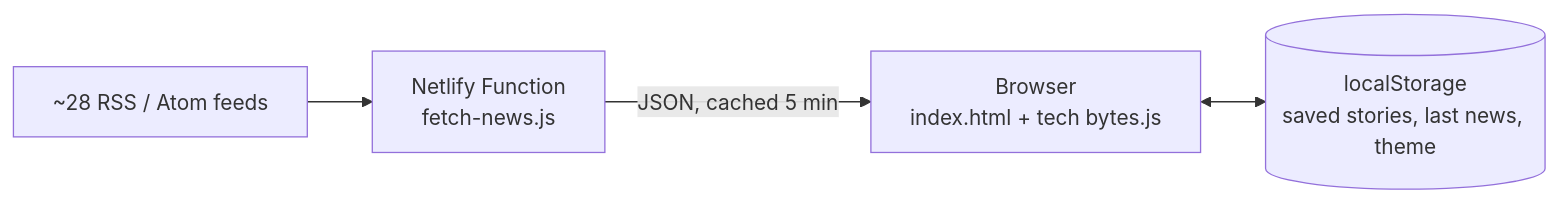
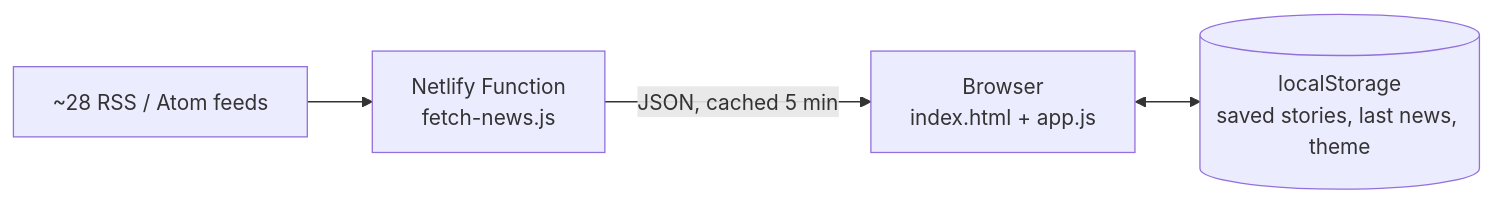
Before and after one commit to kaleb2343/Tech-Bytes: the diagram in README.md, drawn with Mermaid. The commit also changed other lines of this file and 2 other files, not shown here.

````diff
--- a/README.md
+++ b/README.md
@@ -58,6 +59,6 @@
 ```mermaid
 flowchart LR
     A["~28 RSS / Atom feeds"] --> B["Netlify Function<br/>fetch-news.js"]
-    B -->|"JSON, cached 5 min"| C["Browser<br/>index.html + tech bytes.js"]
+    B -->|"JSON, cached 5 min"| C["Browser<br/>index.html + app.js"]
     C <--> D[("localStorage<br/>saved stories, last news, theme")]
 ```
````
